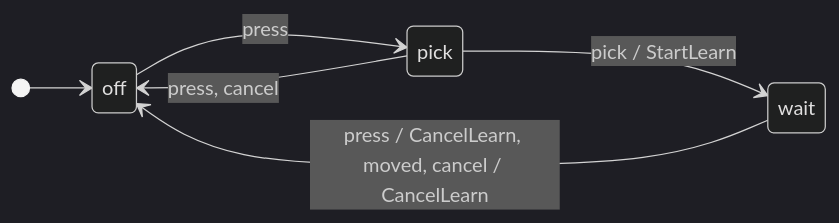
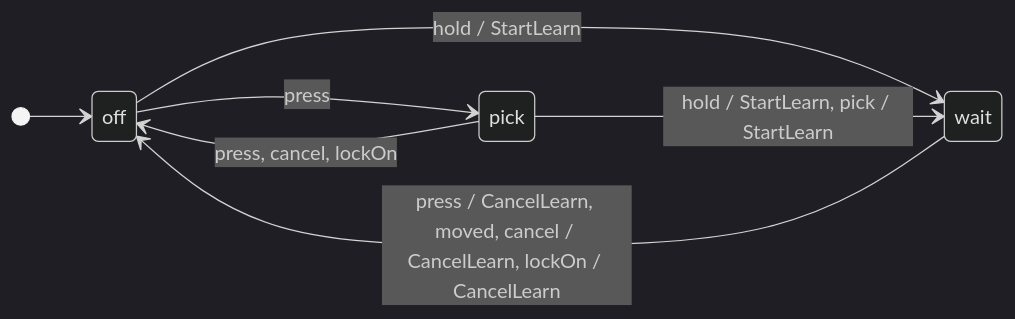
One commit to abossard/bossylights changed the seventh of 10 diagrams in docs/design/controls.md. Above: the diagram before and after it, drawn with Mermaid (dark theme). The commit also changed other lines of this file and 41 other files, not shown here.

````diff
--- a/docs/design/controls.md
+++ b/docs/design/controls.md
@@ -495,9 +557,10 @@
 ```mermaid
 stateDiagram-v2
   direction LR
   [*] --> off
   off --> pick: press
-  pick --> off: press, cancel
-  pick --> wait: pick / StartLearn
-  wait --> off: press / CancelLearn, moved, cancel / CancelLearn
+  off --> wait: hold / StartLearn
+  pick --> off: press, cancel, lockOn
+  pick --> wait: hold / StartLearn, pick / StartLearn
+  wait --> off: press / CancelLearn, moved, cancel / CancelLearn, lockOn / CancelLearn
 ```
````
